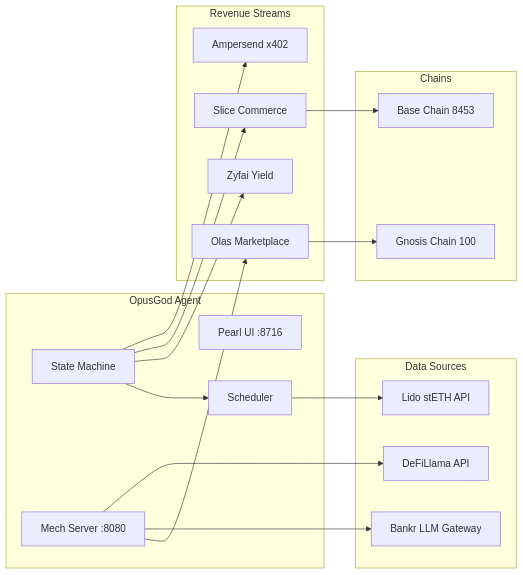
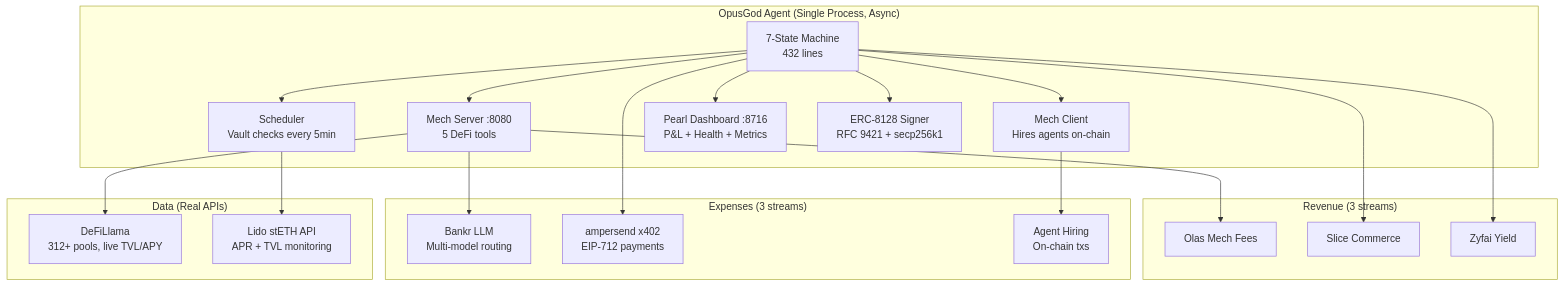
One commit to hpoonepa/opusgod changed the first of 2 diagrams in README.md. Above: the diagram before and after it, drawn with Mermaid. The commit also changed other lines of this file, not shown here.

````diff
--- a/README.md
+++ b/README.md
@@ -55,38 +57,44 @@
 ```mermaid
-graph LR
-    subgraph "OpusGod Agent"
-        SM[State Machine]
-        MECH_S[Mech Server :8080]
-        PEARL[Pearl UI :8716]
-        SCHED[Scheduler]
+graph TB
+    subgraph "OpusGod Agent (Single Process, Async)"
+        CORE[7-State Machine<br>432 lines]
+        SCHED[Scheduler<br>Vault checks every 5min]
+        MECH_S[Mech Server :8080<br>5 DeFi tools]
+        MECH_C[Mech Client<br>Hires agents on-chain]
+        PEARL[Pearl Dashboard :8716<br>P&L + Health + Metrics]
+        ERC[ERC-8128 Signer<br>RFC 9421 + secp256k1]
     end
 
-    subgraph "Revenue Streams"
-        OLAS[Olas Marketplace]
-        SLICE[Slice Commerce]
-        ZYFAI[Zyfai Yield]
-        AMP[Ampersend x402]
+    subgraph "Revenue (3 streams)"
+        OLAS_FEE[Olas Mech Fees]
+        SLICE_FEE[Slice Commerce]
+        YIELD[Zyfai Yield]
     end
 
-    subgraph "Data Sources"
-        LLAMA[DeFiLlama API]
-        LIDO[Lido stETH API]
-        BANKR[Bankr LLM Gateway]
+    subgraph "Expenses (3 streams)"
+        BANKR[Bankr LLM<br>Multi-model routing]
+        AMP[ampersend x402<br>EIP-712 payments]
+        HIRE[Agent Hiring<br>On-chain txs]
     end
 
-    subgraph "Chains"
-        GNOSIS[Gnosis Chain 100]
-        BASE[Base Chain 8453]
+    subgraph "Data (Real APIs)"
+        LLAMA[DeFiLlama<br>312+ pools, live TVL/APY]
+        LIDO[Lido stETH API<br>APR + TVL monitoring]
     end
 
-    MECH_S --> OLAS
-    SM --> SCHED
-    SCHED --> LIDO
+    CORE --> SCHED
+    CORE --> MECH_S
+    CORE --> MECH_C
+    CORE --> PEARL
+    CORE --> ERC
+
+    MECH_S --> OLAS_FEE
+    CORE --> SLICE_FEE
+    CORE --> YIELD
+
     MECH_S --> BANKR
     MECH_S --> LLAMA
-    SM --> ZYFAI
-    SM --> SLICE
-    SM --> AMP
-    OLAS --> GNOSIS
-    SLICE --> BASE
+    SCHED --> LIDO
+    CORE --> AMP
+    MECH_C --> HIRE
 ```
````
